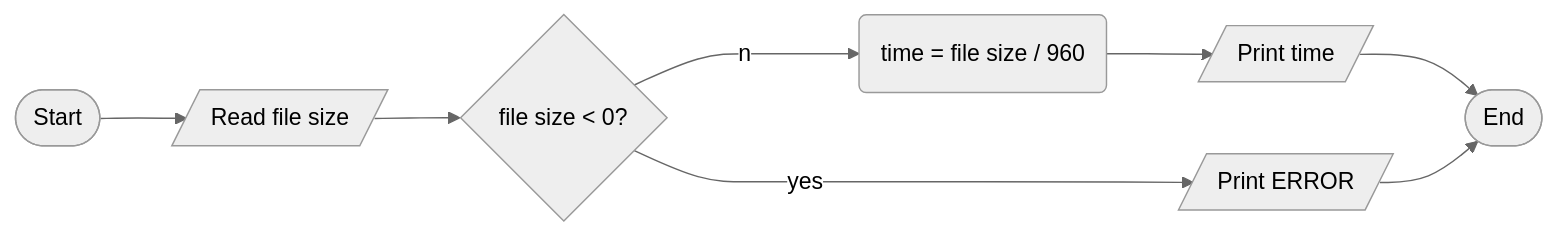
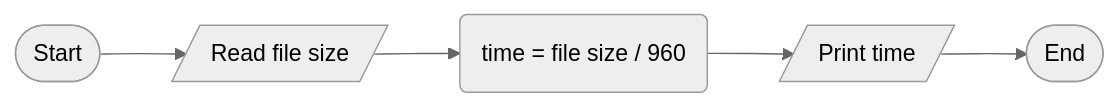
One commit to SWEG-2015EC-Batch/Byte-Bandits changed the diagram in ETS1512_15_ZERUBBABEL_MESSELE/ch-2-PE/q6/ch-2 PE q6.md. Above: the diagram before and after it, drawn with Mermaid (neutral theme). The commit also changed other lines of this file, not shown here.

Commit message:
Update ch-2 PE q6.md

````diff
--- a/ETS1512_15_ZERUBBABEL_MESSELE/ch-2-PE/q6/ch-2 PE q6.md
+++ b/ETS1512_15_ZERUBBABEL_MESSELE/ch-2-PE/q6/ch-2 PE q6.md
@@ -19,17 +19,13 @@
 ```mermaid
 graph LR;
 id1([Start]);
 id2[/Read file size/];
-id4{file size < 0?};
 id3(time = file size / 960);
-id5[/Print time/];
-id7[/Print ERROR/];
-id6([End]);
+id4[/Print time/];
+id5([End]);
 id1-->id2;
-id2-->id4;
-id4--yes-->id7;
-id4--no-->id3;
-id3-->id5;
-id5-->id6;
-id7-->id6;
+id2-->id3;
+id3-->id4;
+id4-->id5;
+
 ```
````
